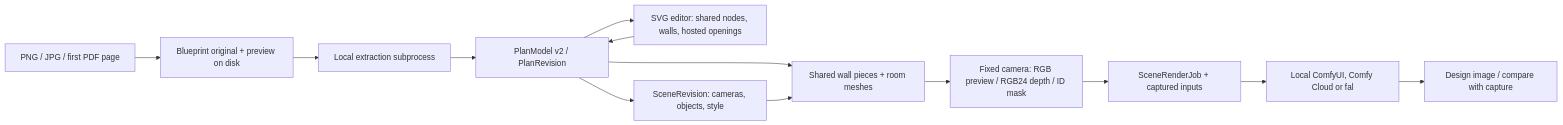
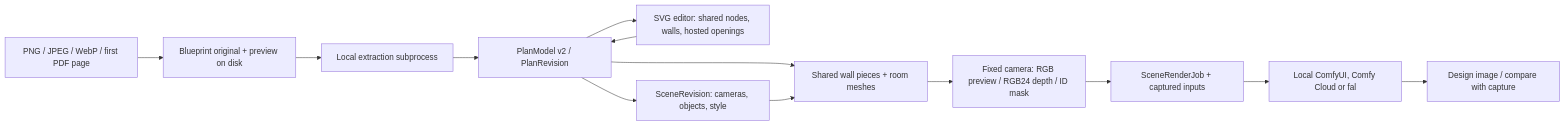
Before and after one commit to BeBarefoot/Florp: the diagram in docs/ARCHITECTURE.md, drawn with Mermaid. The commit also changed other lines of this file and 8 other files, not shown here.

Commit message:
Refresh Florp documentation and define self-serve repair roadmap (#85)

````diff
--- a/docs/ARCHITECTURE.md
+++ b/docs/ARCHITECTURE.md
@@ -10,15 +9,15 @@
 ```mermaid
 flowchart LR
-  U[PNG / JPG / first PDF page] --> B[Blueprint original + preview on disk]
+  U[PNG / JPEG / WebP / first PDF page] --> B[Blueprint original + preview on disk]
   B --> W[Local extraction subprocess]
   W --> P[PlanModel v2 / PlanRevision]
   P --> E[SVG editor: shared nodes, walls, hosted openings]
   E --> P
   P --> S[SceneRevision: cameras, objects, style]
   P --> M[Shared wall pieces + room meshes]
   S --> M
   M --> C[Fixed camera: RGB preview / RGB24 depth / ID mask]
   C --> J[SceneRenderJob + captured inputs]
   J --> G[Local ComfyUI, Comfy Cloud or fal]
   G --> R[Design image / compare with capture]
 ```
````
